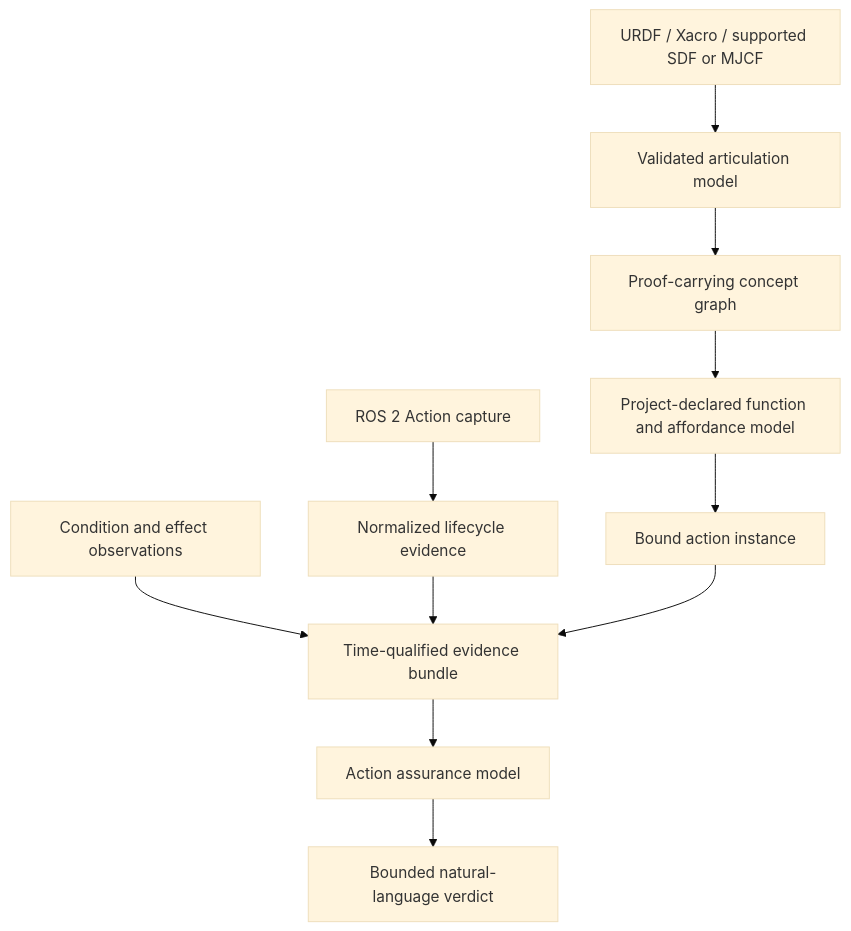
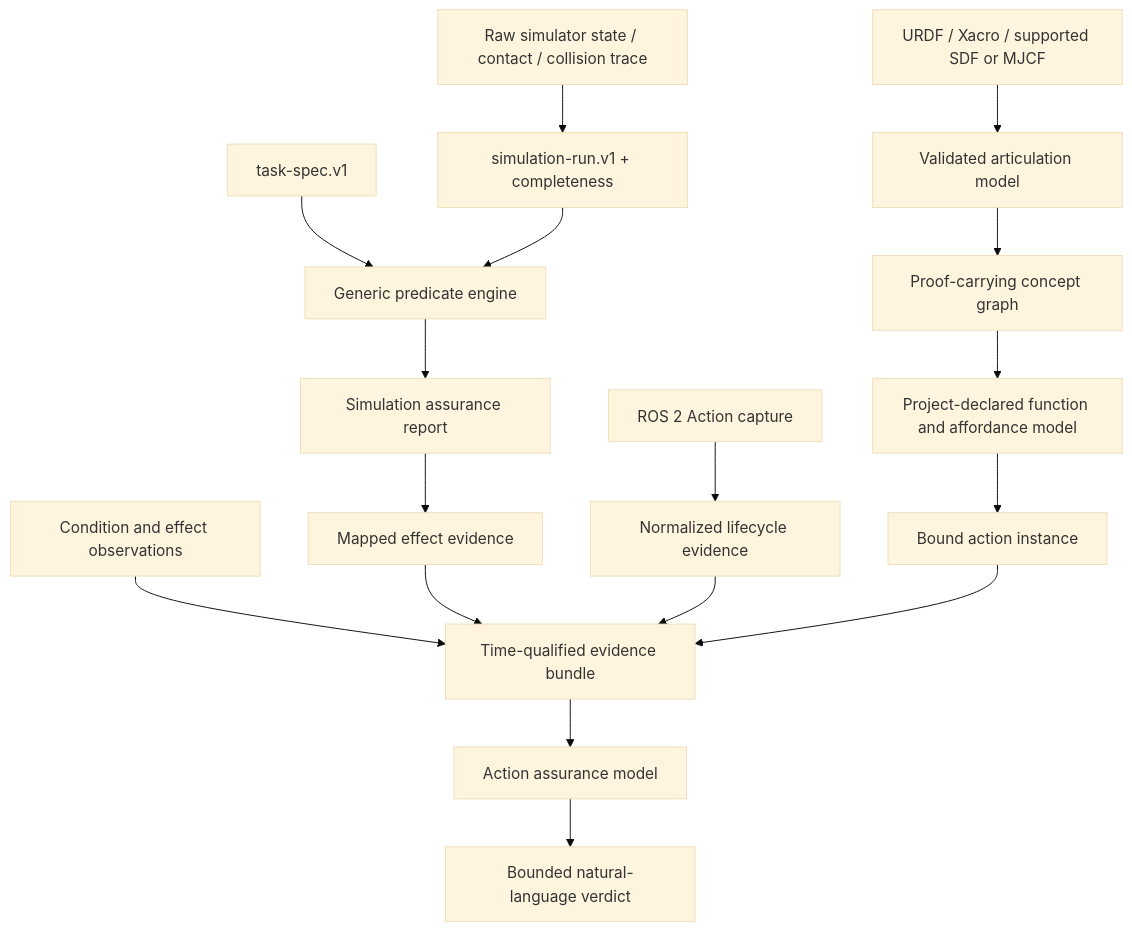
The diagram in README.md (jerry102102102/Robot-Spatial-Understanding), drawn with Mermaid (base theme) before and after one commit. The commit also changed other lines of this file and 43 other files, not shown here.

Commit message:
Implement simulation evidence protocol and developer preview

````diff
--- a/README.md
+++ b/README.md
@@ -23,13 +93,19 @@
 ```mermaid
 flowchart TD
     A["URDF / Xacro / supported SDF or MJCF"] --> B["Validated articulation model"]
     B --> C["Proof-carrying concept graph"]
     C --> D["Project-declared function and affordance model"]
     D --> E["Bound action instance"]
     F["ROS 2 Action capture"] --> G["Normalized lifecycle evidence"]
     H["Condition and effect observations"] --> I["Time-qualified evidence bundle"]
+    L["Raw simulator state / contact / collision trace"] --> M["simulation-run.v1 + completeness"]
+    N["task-spec.v1"] --> O["Generic predicate engine"]
+    M --> O
+    O --> P["Simulation assurance report"]
+    P --> Q["Mapped effect evidence"]
+    Q --> I
     G --> I
     E --> I
     I --> J["Action assurance model"]
     J --> K["Bounded natural-language verdict"]
 ```
````
